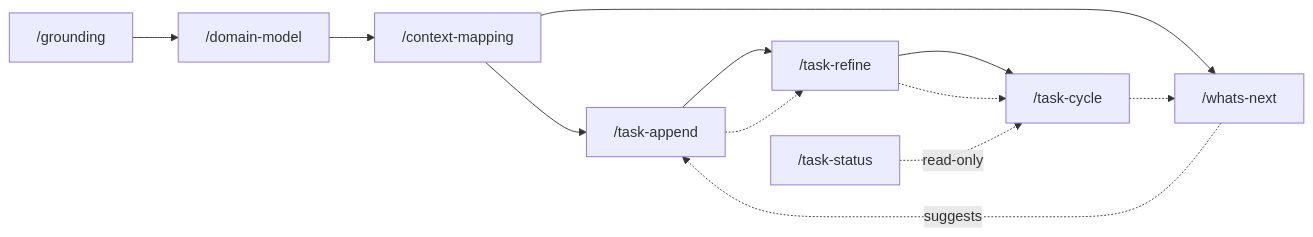
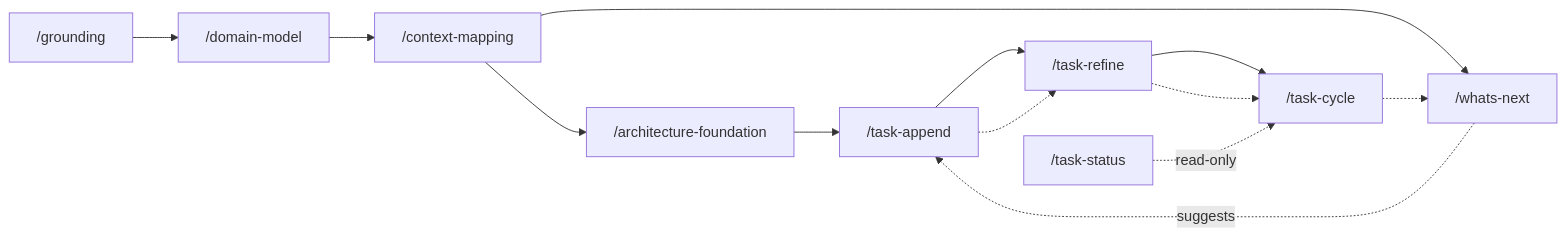
One commit to mtrense/skills changed the diagram in domain-driven/README.md. Above: the diagram before and after it, drawn with Mermaid. The commit also changed other lines of this file and 23 other files, not shown here.

First line of the commit message:
improve(common): move ADRs to architecture/ home with derived topic summaries

````diff
--- a/domain-driven/README.md
+++ b/domain-driven/README.md
@@ -12,10 +12,10 @@
 ```mermaid
 flowchart LR
   g["/grounding"] --> dm["/domain-model"] --> cm["/context-mapping"]
-  cm --> ap["/task-append"] --> rf["/task-refine"] --> wc["/task-cycle"]
+  cm --> af["/architecture-foundation"] --> ap["/task-append"] --> rf["/task-refine"] --> wc["/task-cycle"]
   ap -.-> rf -.-> wc
   ts["/whats-next"] -.suggests.-> ap
   cm --> ts
   wc -.-> ts
   stat["/task-status"] -.read-only.-> wc
 ```
````
